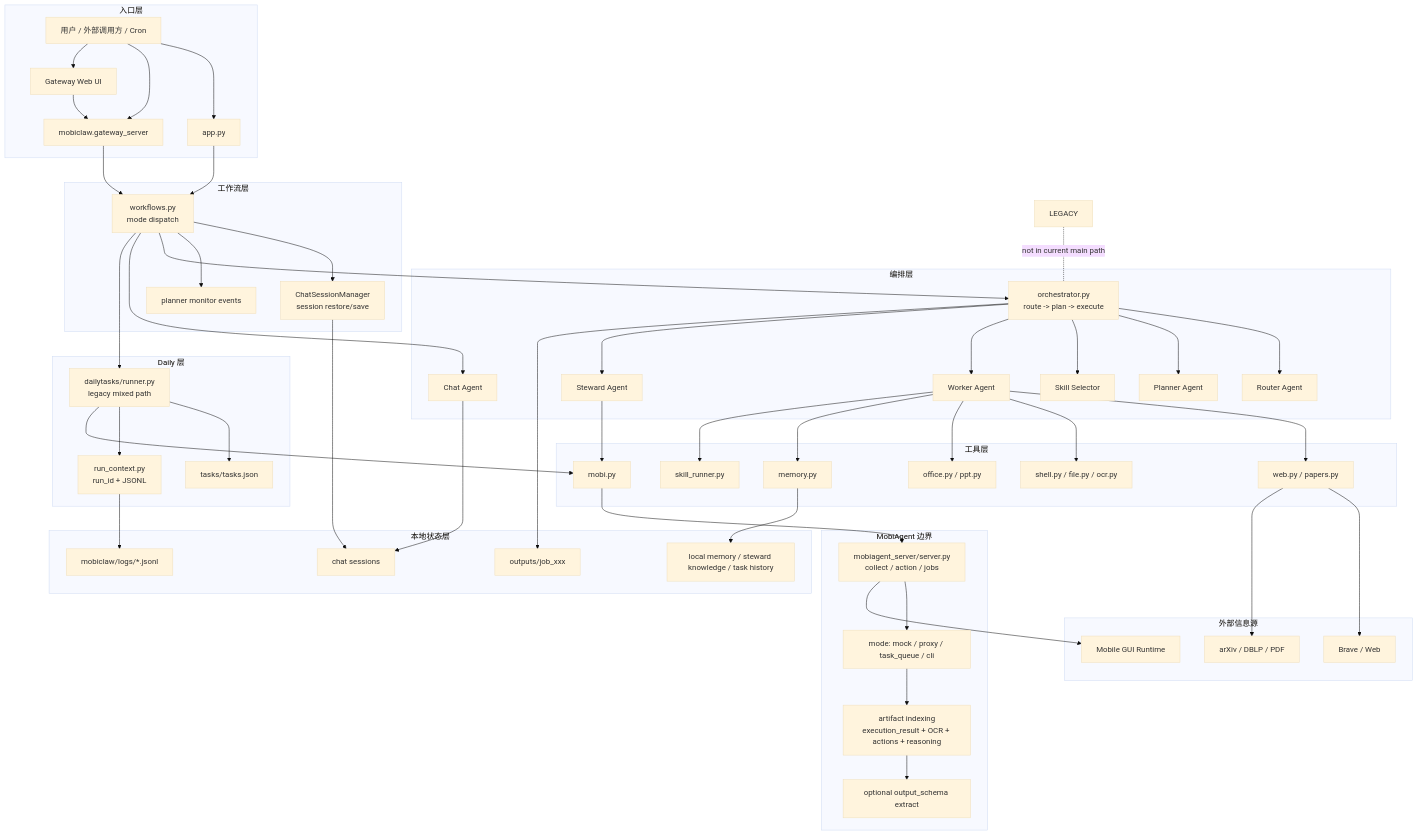
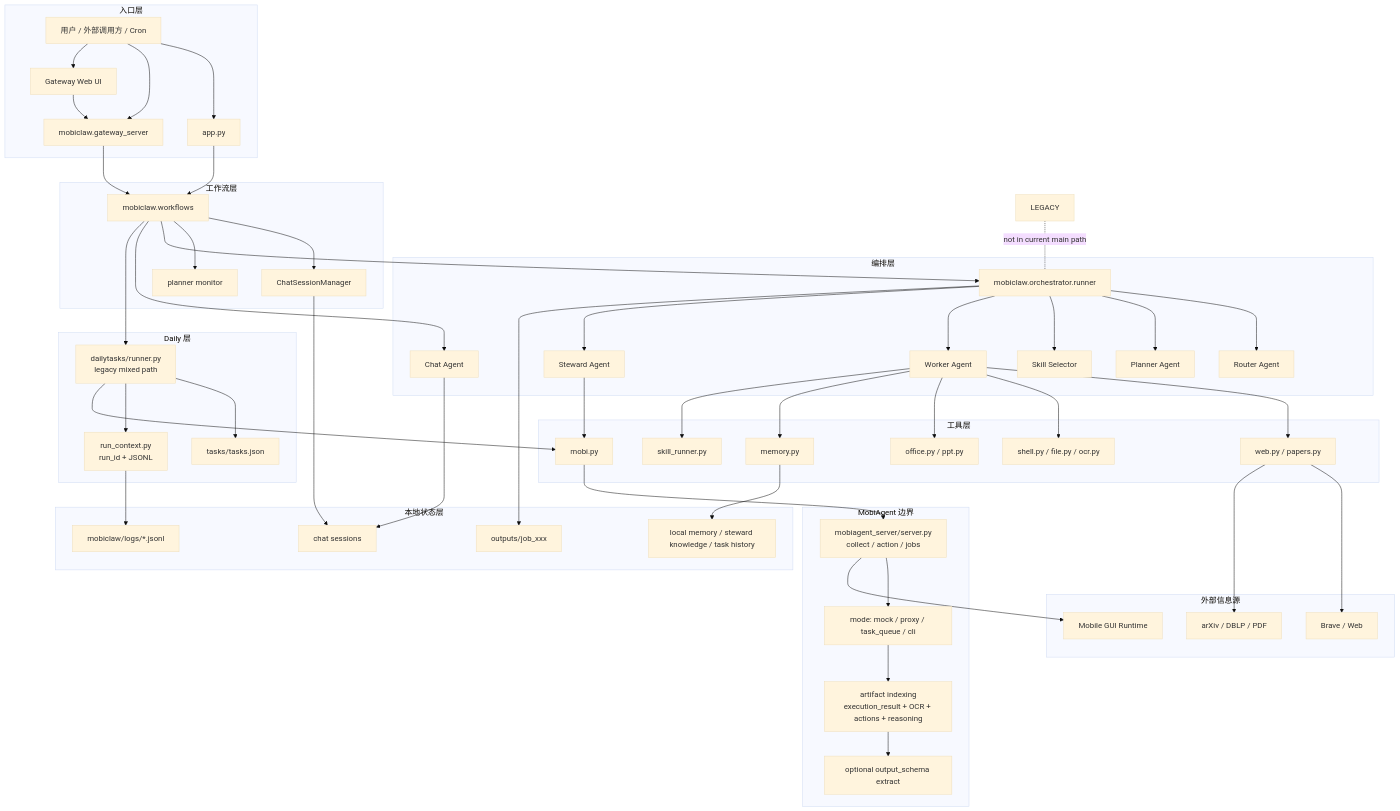
The first of 4 diagrams in docs/MobiClaw-详细架构图.md (IPADS-SAI/MobiClaw), drawn with Mermaid (base theme) before and after one commit. The commit also changed other lines of this file and 7 other files, not shown here.

```diff
--- a/docs/MobiClaw-详细架构图.md
+++ b/docs/MobiClaw-详细架构图.md
@@ -16,9 +16,9 @@
     end
 
     subgraph Workflow[工作流层]
-      WF[workflows.py\nmode dispatch]
-      CSM[ChatSessionManager\nsession restore/save]
-      PM[planner monitor events]
+      WF[mobiclaw.workflows]
+      CSM[ChatSessionManager]
+      PM[planner monitor]
       CLI --> WF
       GW --> WF
       WF --> CSM
@@ -26,7 +26,7 @@
     end
 
     subgraph Orchestrator[编排层]
-      ORCH[orchestrator.py\nroute -> plan -> execute]
+      ORCH[mobiclaw.orchestrator.runner]
       ROUTER[Router Agent]
       PLAN[Planner Agent]
       SKILL[Skill Selector]
```
